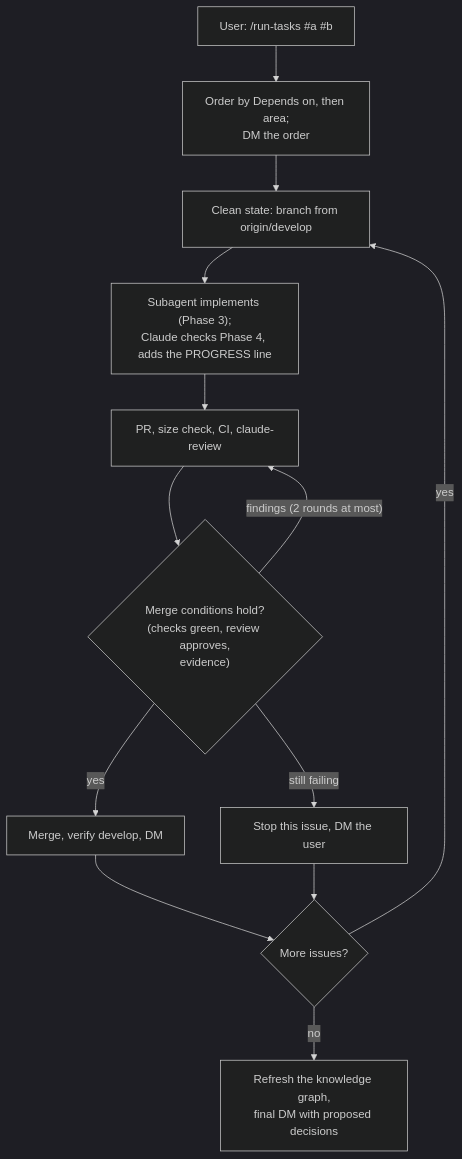
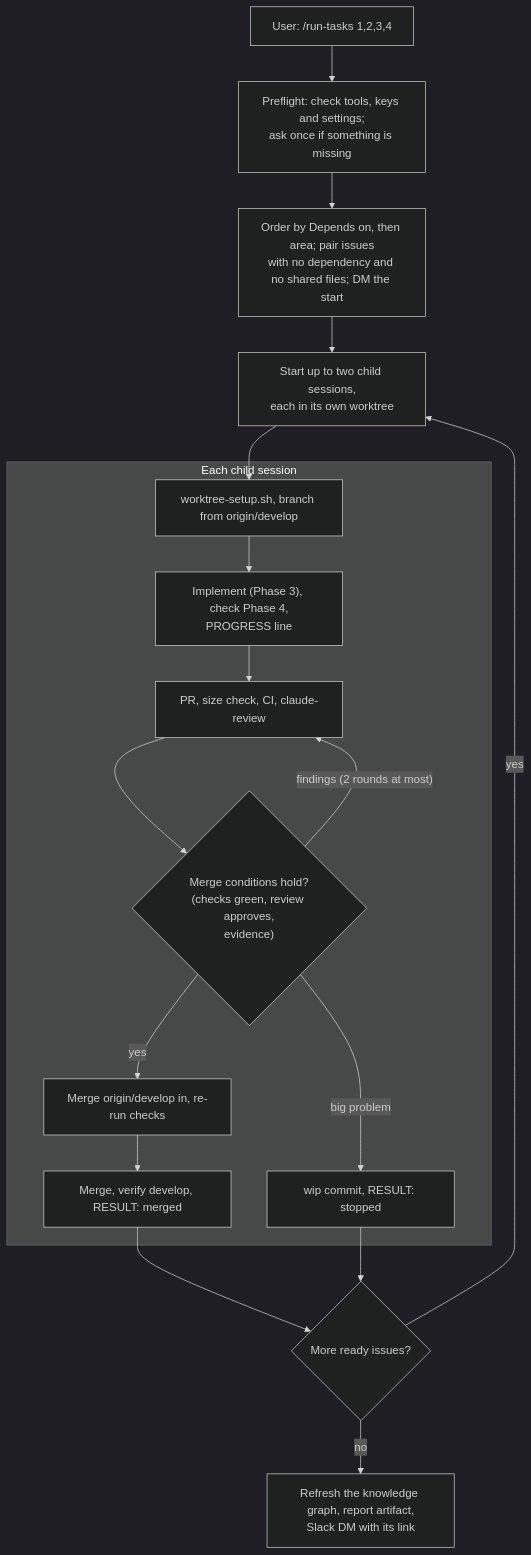
Before and after one commit to huynguyennang-agilityio/claude-code-training: the fifth of 5 diagrams in docs/workflow.md, drawn with Mermaid (dark theme). The commit also changed other lines of this file and 5 other files, not shown here.

Commit message:
docs(infra): run up to two issues in parallel sessions with /run-tasks

````diff
--- a/docs/workflow.md
+++ b/docs/workflow.md
@@ -121,15 +121,20 @@
 ```mermaid
 flowchart TD
-    A["User: /run-tasks #a #b"] --> O["Order by Depends on, then area;<br/>DM the order"]
-    O --> C["Clean state: branch from origin/develop"]
-    C --> I["Subagent implements (Phase 3);<br/>Claude checks Phase 4, adds the PROGRESS line"]
-    I --> P["PR, size check, CI, claude-review"]
-    P --> F{"Merge conditions hold?<br/>(checks green, review approves,<br/>evidence)"}
-    F -- "findings (2 rounds at most)" --> P
-    F -- "still failing" --> S["Stop this issue, DM the user"]
-    F -- yes --> M["Merge, verify develop, DM"]
-    M --> N{"More issues?"}
+    A["User: /run-tasks 1,2,3,4"] --> PF["Preflight: check tools, keys and settings;<br/>ask once if something is missing"]
+    PF --> O["Order by Depends on, then area; pair issues<br/>with no dependency and no shared files; DM the start"]
+    O --> C["Start up to two child sessions,<br/>each in its own worktree"]
+    subgraph child ["Each child session"]
+      W["worktree-setup.sh, branch from origin/develop"] --> I["Implement (Phase 3), check Phase 4,<br/>PROGRESS line"]
+      I --> P["PR, size check, CI, claude-review"]
+      P --> F{"Merge conditions hold?<br/>(checks green, review approves,<br/>evidence)"}
+      F -- "findings (2 rounds at most)" --> P
+      F -- yes --> D["Merge origin/develop in, re-run checks"]
+      D --> M["Merge, verify develop, RESULT: merged"]
+      F -- "big problem" --> S["wip commit, RESULT: stopped"]
+    end
+    C --> W
+    M --> N{"More ready issues?"}
     S --> N
     N -- yes --> C
-    N -- no --> E["Refresh the knowledge graph,<br/>final DM with proposed decisions"]
+    N -- no --> E["Refresh the knowledge graph, report artifact,<br/>Slack DM with its link"]
 ```
````
